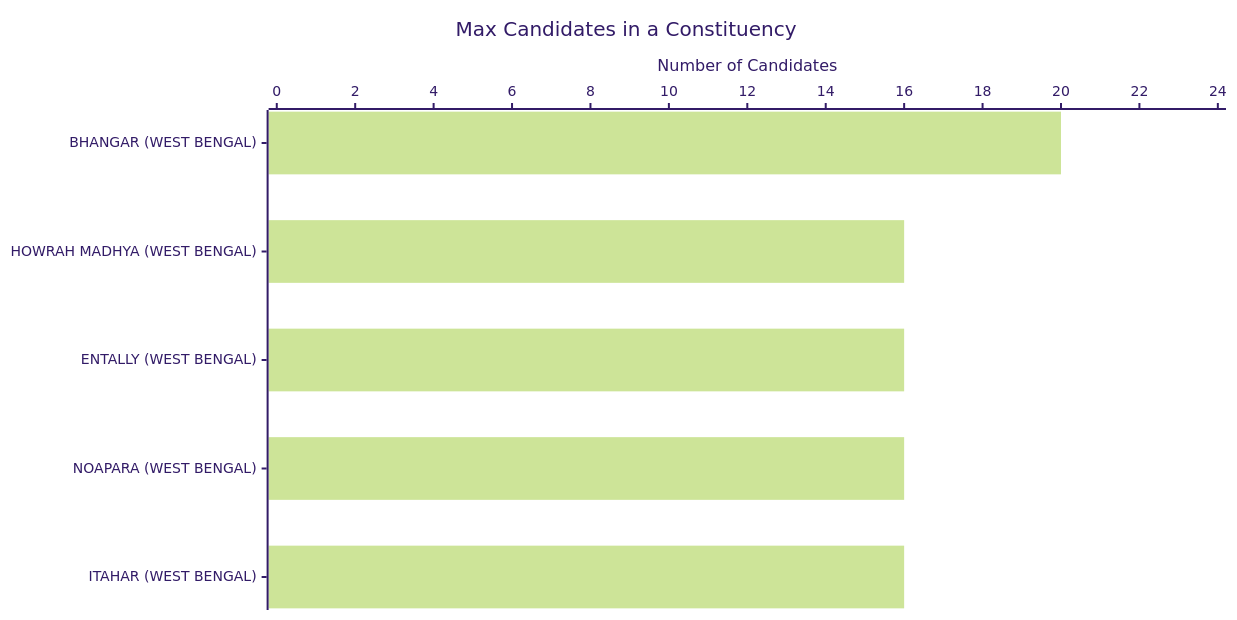
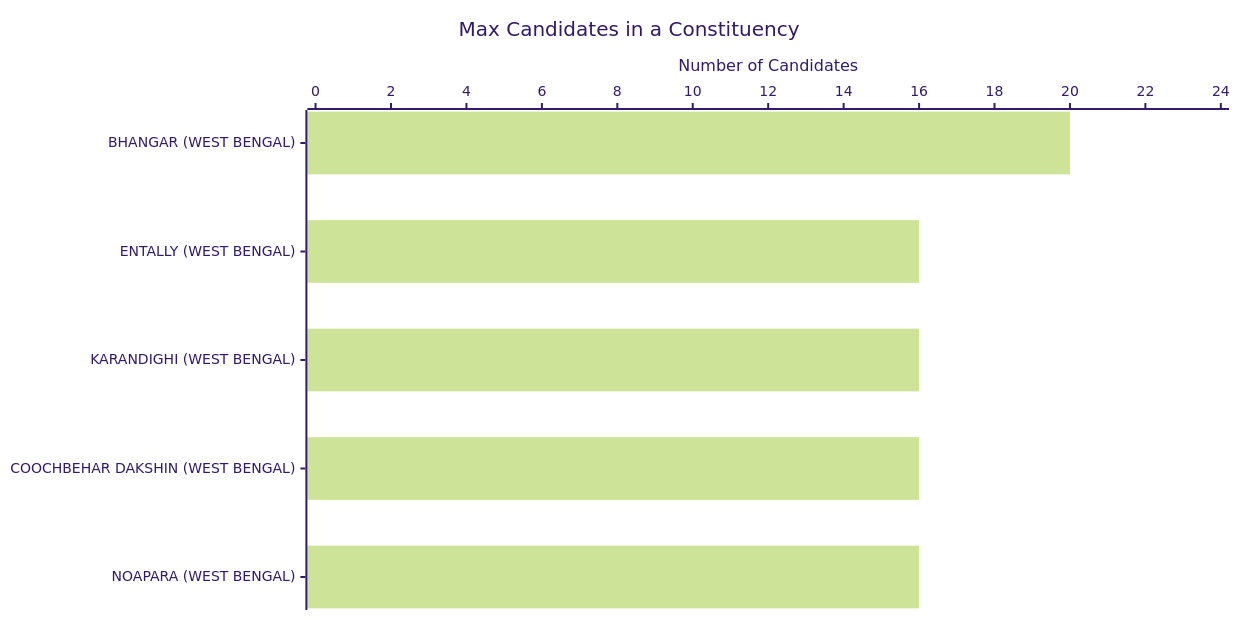
One commit to arjunswaj/elections changed the ninth of 23 diagrams in result/WEST BENGAL/West Bengal-GRAPH.md. Above: the diagram before and after it, drawn with Mermaid (forest theme). The commit also changed other lines of this file and 64 other files, not shown here.

````diff
--- a/result/WEST BENGAL/West Bengal-GRAPH.md
+++ b/result/WEST BENGAL/West Bengal-GRAPH.md
@@ -217,17 +218,17 @@
 ```mermaid
 ---
 config:
   xyChart:
     width: 1200
     height: 600
     chartOrientation: horizontal
   dataLabels:
     enabled: true
     placement: end
 ---
 xychart-beta
 title "Max Candidates in a Constituency"
-x-axis ["BHANGAR (WEST BENGAL)", "HOWRAH MADHYA (WEST BENGAL)", "ENTALLY (WEST BENGAL)", "NOAPARA (WEST BENGAL)", "ITAHAR (WEST BENGAL)"]
+x-axis ["BHANGAR (WEST BENGAL)", "ENTALLY (WEST BENGAL)", "KARANDIGHI (WEST BENGAL)", "COOCHBEHAR DAKSHIN (WEST BENGAL)", "NOAPARA (WEST BENGAL)"]
 y-axis "Number of Candidates" 0 --> 24
 bar [20, 16, 16, 16, 16]
 ```
````
